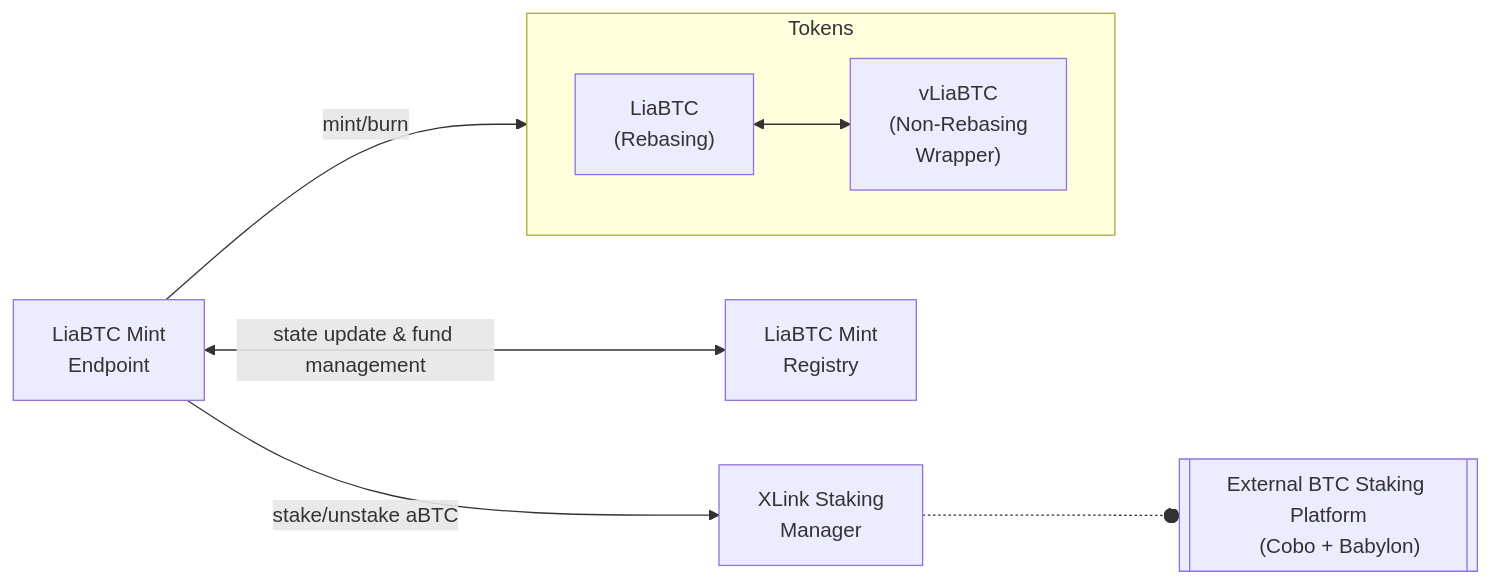
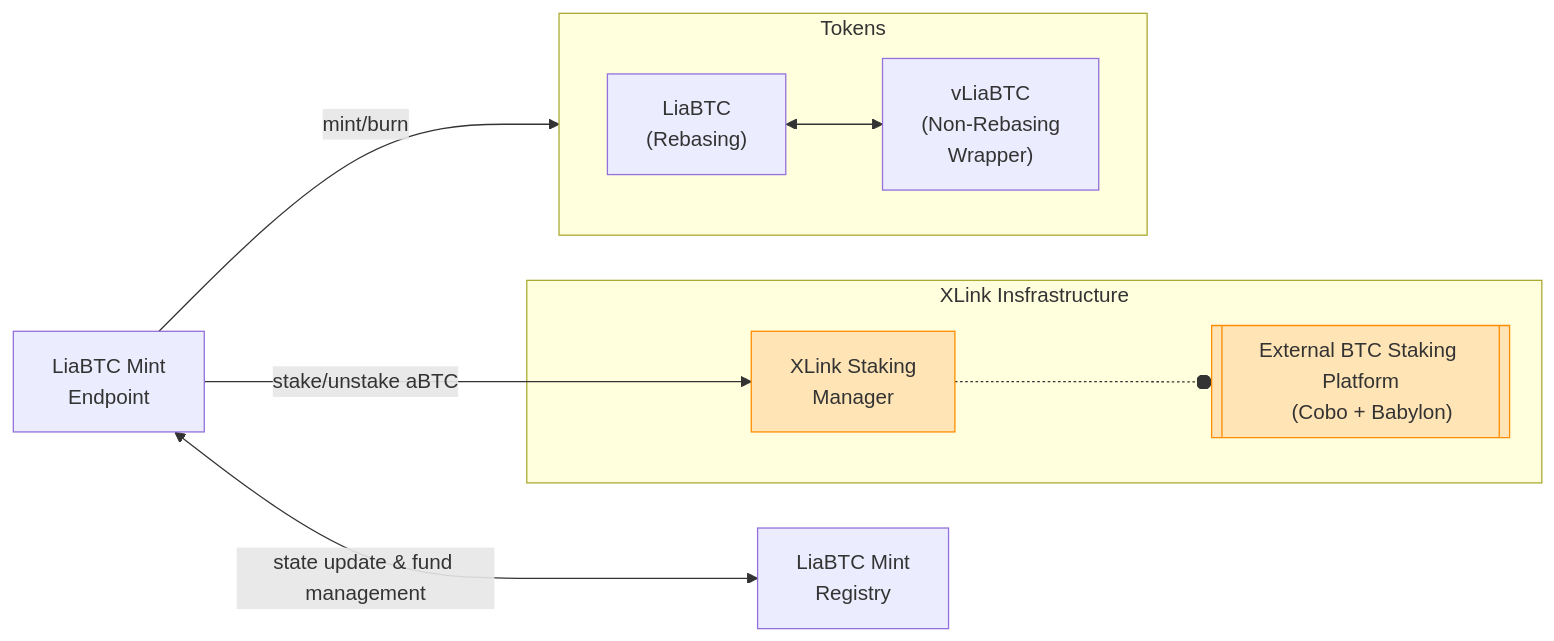
Before and after one commit to lisalab-io/docs: the diagram in developers/contracts/README.md, drawn with Mermaid. The commit also changed other lines of this file, not shown here.

Commit message:
devs: adjustments on liabtc relations diagram

````diff
--- a/developers/contracts/README.md
+++ b/developers/contracts/README.md
@@ -27,27 +27,32 @@
 ```mermaid
 flowchart LR
+    classDef smclass fill:#FFE4B5,stroke:#FF8C00
+
+    subgraph XLink Insfrastructure
+    sm[XLink Staking
+    Manager]:::smclass
+    sm -.-o stake[["External BTC Staking Platform
+    (Cobo + Babylon)"]]:::smclass
+    end
 
     mint[LiaBTC Mint
     Endpoint]
     reg[LiaBTC Mint
     Registry]
     mint <--state update & fund management--> reg
 
     subgraph Tokens
     direction LR
     lia["LiaBTC
     (Rebasing)"]
     wrap["vLiaBTC
     (Non-Rebasing
     Wrapper)"]
     lia <--> wrap
     end
 
     mint --stake/unstake aBTC--> sm[XLink Staking
     Manager]
 
     mint --mint/burn--> lia
-
-    sm -.-o stake[["External BTC Staking Platform
-    (Cobo + Babylon)"]]
 ```
````
